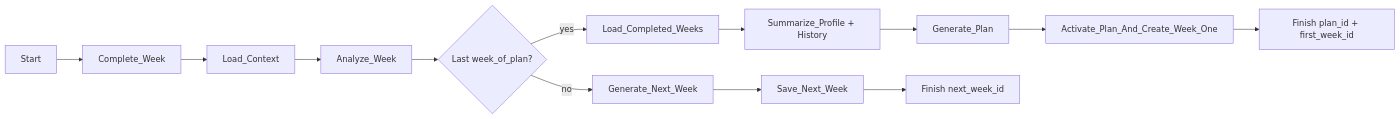
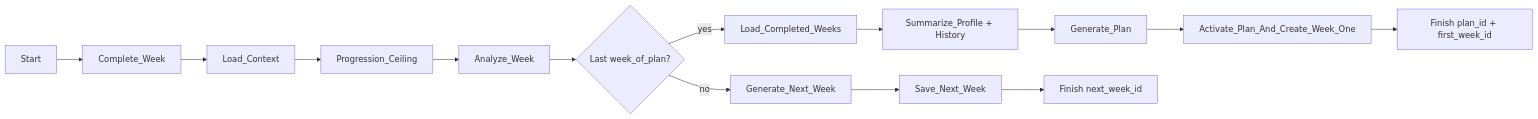
Before and after one commit to luciapuccini/strengthsync-app: the diagram in docs/architecture/workflows.md, drawn with Mermaid. The commit also changed other lines of this file and 4 other files, not shown here.

Commit message:
add a deterministic ceiling check for pushing progressions

````diff
--- a/docs/architecture/workflows.md
+++ b/docs/architecture/workflows.md
@@ -36,20 +36,21 @@
 ```mermaid
 flowchart LR
   Start[Start]
   Freeze[Complete_Week]
   Context[Load_Context]
+  Ceiling[Progression_Ceiling]
   Analyze[Analyze_Week]
   Check{Last week_of_plan?}
   History[Load_Completed_Weeks]
   Summaries[Summarize_Profile + History]
   Plan[Generate_Plan]
   Activate[Activate_Plan_And_Create_Week_One]
   Gen[Generate_Next_Week]
   Save[Save_Next_Week]
   EndWeekly[Finish next_week_id]
   EndPlan[Finish plan_id + first_week_id]
 
-  Start --> Freeze --> Context --> Analyze --> Check
+  Start --> Freeze --> Context --> Ceiling --> Analyze --> Check
   Check -->|"no"| Gen --> Save --> EndWeekly
   Check -->|"yes"| History --> Summaries --> Plan --> Activate --> EndPlan
 ```
````
